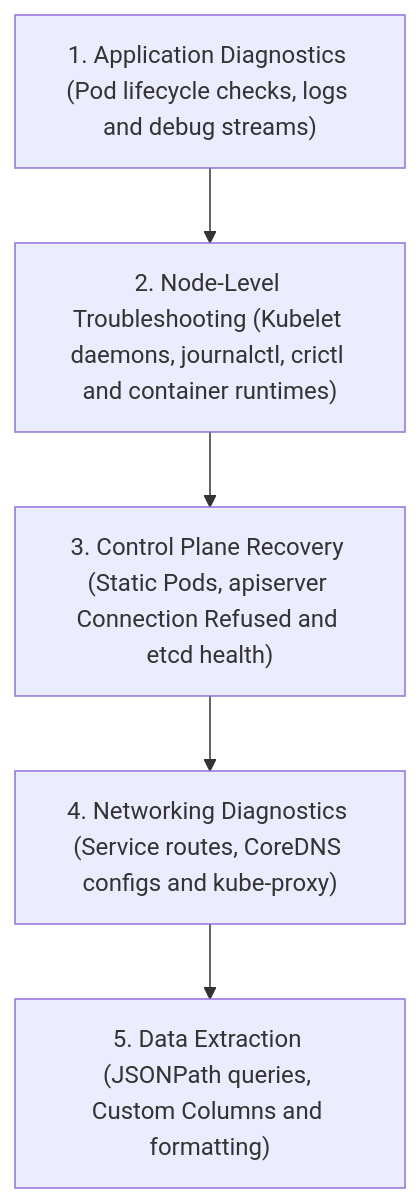
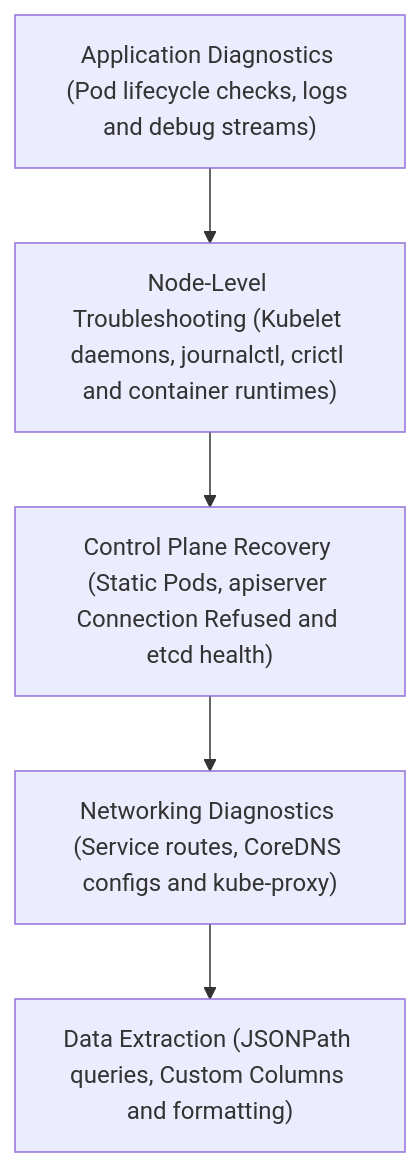
One commit to kmashour/BrainDump changed the first of 2 diagrams in Reference Notes/12_troubleshooting_and_diagnostics.md. Above: the diagram before and after it, drawn with Mermaid. The commit also changed 15 other files, not shown here.

Commit message:
docs: remove leading numbers from mermaid node labels to avoid list parsing errors

````diff
--- a/Reference Notes/12_troubleshooting_and_diagnostics.md
+++ b/Reference Notes/12_troubleshooting_and_diagnostics.md
@@ -11,7 +11,7 @@
 ```mermaid
 graph TD
-    A["1. Application Diagnostics (Pod lifecycle checks, logs and debug streams)"] --> B["2. Node-Level Troubleshooting (Kubelet daemons, journalctl, crictl and container runtimes)"]
-    B --> C["3. Control Plane Recovery (Static Pods, apiserver Connection Refused and etcd health)"]
-    C --> D["4. Networking Diagnostics (Service routes, CoreDNS configs and kube-proxy)"]
-    D --> E["5. Data Extraction (JSONPath queries, Custom Columns and formatting)"]
+    A["Application Diagnostics (Pod lifecycle checks, logs and debug streams)"] --> B["Node-Level Troubleshooting (Kubelet daemons, journalctl, crictl and container runtimes)"]
+    B --> C["Control Plane Recovery (Static Pods, apiserver Connection Refused and etcd health)"]
+    C --> D["Networking Diagnostics (Service routes, CoreDNS configs and kube-proxy)"]
+    D --> E["Data Extraction (JSONPath queries, Custom Columns and formatting)"]
 ```
````
